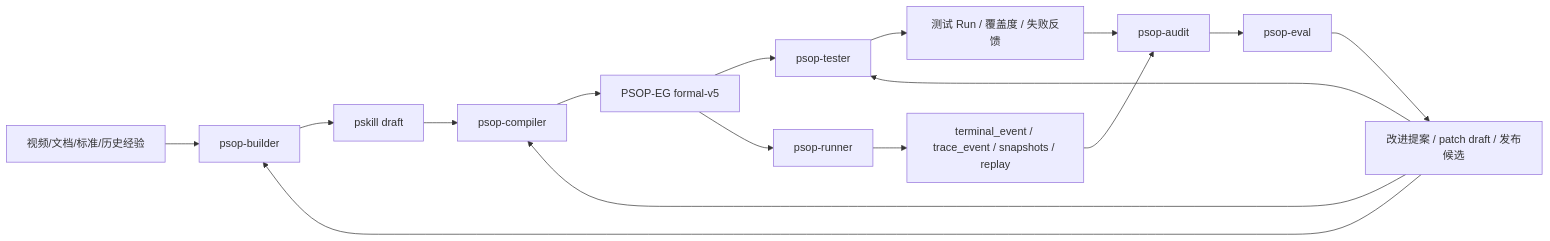
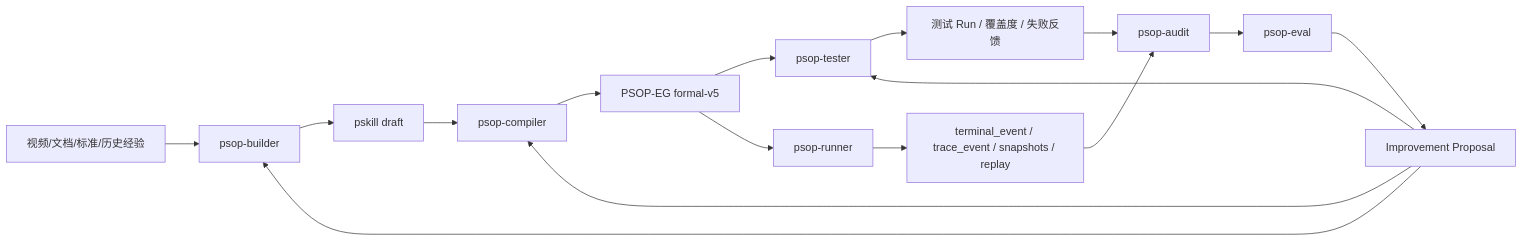
Before and after one commit to servforce/psop: the diagram in vision.md, drawn with Mermaid. The commit also changed other lines of this file, not shown here.

Commit message:
docs: tighten PSOP vision as project charter

````diff
--- a/vision.md
+++ b/vision.md
@@ -90,18 +108,18 @@
 ```mermaid
 flowchart LR
     Raw[视频/文档/标准/历史经验] --> Builder[psop-builder]
     Builder --> PSkill[pskill draft]
     PSkill --> Compiler[psop-compiler]
     Compiler --> EG[PSOP-EG formal-v5]
     EG --> Tester[psop-tester]
     Tester --> TestRuns[测试 Run / 覆盖度 / 失败反馈]
     EG --> Runner[psop-runner]
     Runner --> RunFacts[terminal_event / trace_event / snapshots / replay]
     TestRuns --> Audit[psop-audit]
     RunFacts --> Audit
     Audit --> Eval[psop-eval]
-    Eval --> Proposal[改进提案 / patch draft / 发布候选]
+    Eval --> Proposal[Improvement Proposal]
     Proposal --> Builder
     Proposal --> Compiler
     Proposal --> Tester
 ```
````
